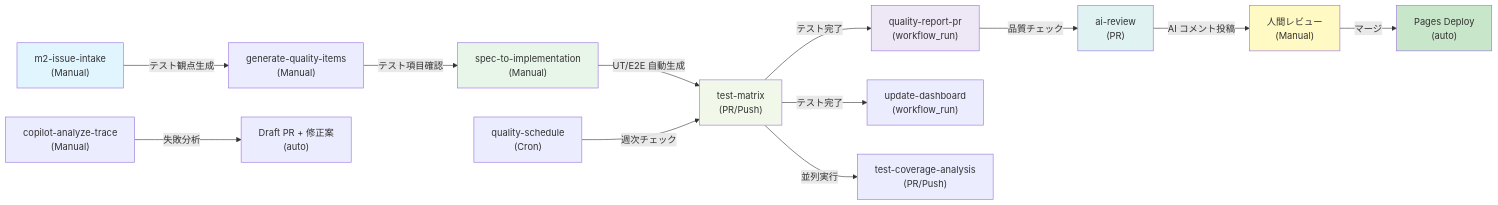
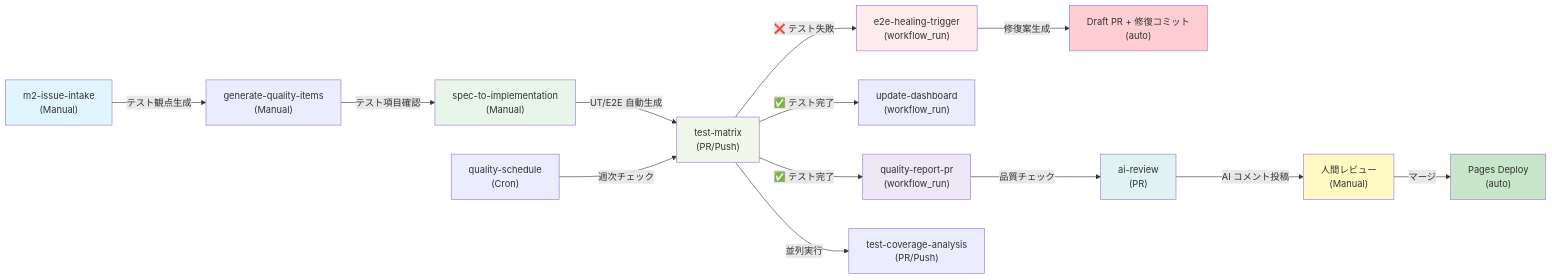
Before and after one commit to cocomomojo/copilot-quality-harness: the first of 2 diagrams in README.md, drawn with Mermaid. The commit also changed other lines of this file, not shown here.

````diff
--- a/README.md
+++ b/README.md
@@ -157,22 +160,25 @@
 ```mermaid
 graph LR
     A["m2-issue-intake<br/>(Manual)"] -->|テスト観点生成| B["generate-quality-items<br/>(Manual)"]
     B -->|テスト項目確認| C["spec-to-implementation<br/>(Manual)"]
     C -->|UT/E2E 自動生成| D["test-matrix<br/>(PR/Push)"]
-    D -->|テスト完了| E["quality-report-pr<br/>(workflow_run)"]
-    D -->|テスト完了| K["update-dashboard<br/>(workflow_run)"]
+    D -->|✅ テスト完了| E["quality-report-pr<br/>(workflow_run)"]
+    D -->|✅ テスト完了| K["update-dashboard<br/>(workflow_run)"]
+    D -->|❌ テスト失敗| N["e2e-healing-trigger<br/>(workflow_run)"]
     D -->|並列実行| F["test-coverage-analysis<br/>(PR/Push)"]
+    N -->|修復案生成| O["Draft PR + 修復コミット<br/>(auto)"]
     E -->|品質チェック| G["ai-review<br/>(PR)"]
     G -->|AI コメント投稿| H["人間レビュー<br/>(Manual)"]
     H -->|マージ| I["Pages Deploy<br/>(auto)"]
     J["quality-schedule<br/>(Cron)"] -->|週次チェック| D
-    L["copilot-analyze-trace<br/>(Manual)"] -->|失敗分析| M["Draft PR + 修正案<br/>(auto)"]
     
     style A fill:#e1f5ff
     style C fill:#e8f5e9
     style D fill:#f1f8e9
     style E fill:#ede7f6
     style G fill:#e0f2f1
     style I fill:#c8e6c9
     style H fill:#fff9c4
+    style N fill:#ffebee
+    style O fill:#ffcdd2
 ```
````
